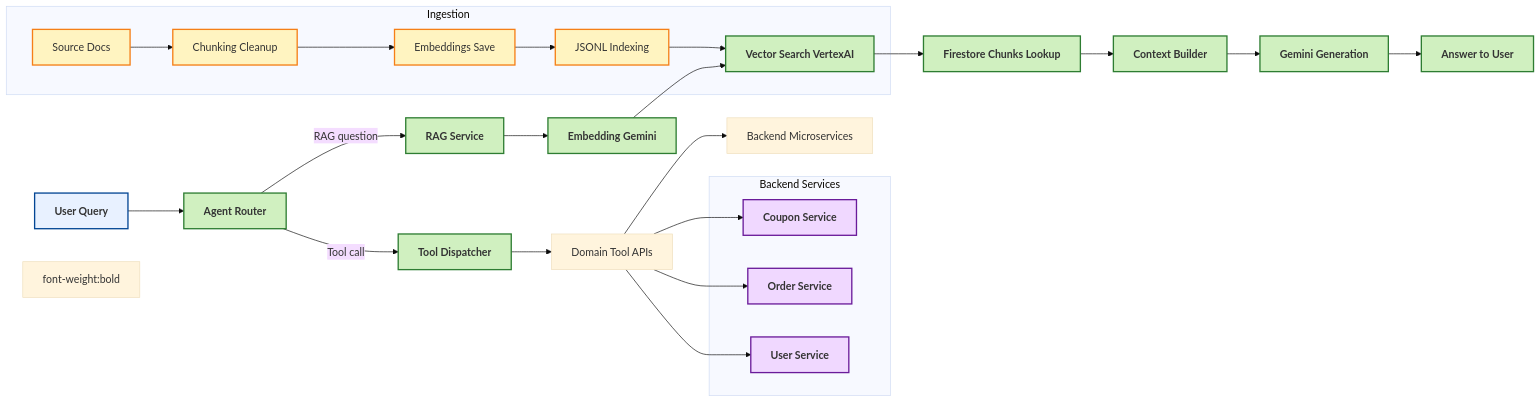
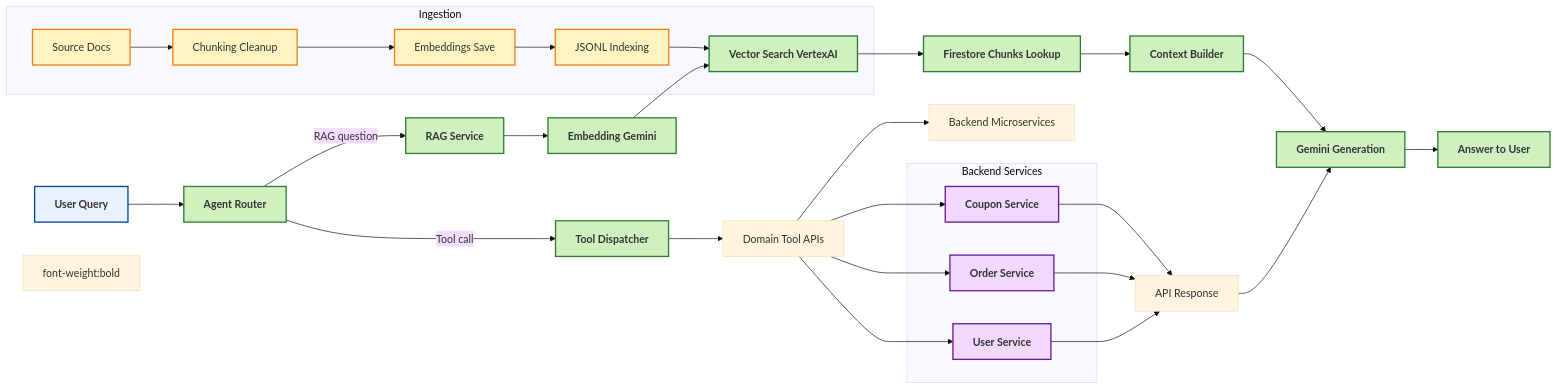
The diagram in agentic-ecommerce-assistant/README.md (Deepika1001/AI-Projects), drawn with Mermaid (base theme) before and after one commit. The commit also changed other lines of this file and 2 other files, not shown here.

Commit message:
Architecture diagram

````diff
--- a/agentic-ecommerce-assistant/README.md
+++ b/agentic-ecommerce-assistant/README.md
@@ -134,45 +143,51 @@
 ```mermaid
 flowchart LR
     A[User Query]
     A --> B[Agent Router]
     B -->|RAG question| C[RAG Service]
     B -->|Tool call| D[Tool Dispatcher]
 
     C --> E[Embedding Gemini]
     E --> F[Vector Search VertexAI]
     F --> G[Firestore Chunks Lookup]
     G --> H[Context Builder]
     H --> I[Gemini Generation]
     I --> J[Answer to User]
 
     D --> K[Domain Tool APIs]
     K --> L[Backend Microservices]
 
     subgraph Backend Services
       L1[Coupon Service]
       L2[Order Service]
       L3[User Service]
     end
 
     K --> L1
     K --> L2
     K --> L3
 
+    L1 --> Q[API Response]
+    L2 --> Q
+    L3 --> Q
+
+    Q --> I[Gemini Generation]
+
     subgraph Ingestion
       M[Source Docs] --> N[Chunking Cleanup]
       N --> O[Embeddings Save]
       O --> P[JSONL Indexing]
       P --> F
     end
 
     %% Color styling for visual appeal
     classDef user fill:#E8F1FF,stroke:#034694,stroke-width:2px,font-weight:bold;
     classDef core fill:#D0F0C0,stroke:#2E7D32,stroke-width:2px,font-weight:bold;
     classDef data fill:#FFF4C1,stroke:#F57F17,stroke-width:2px;font-weight:bold;
     classDef backend fill:#F0D8FF,stroke:#6A1B9A,stroke-width:2px,font-weight:bold;
 
     class A user;
     class B,C,D,E,F,G,H,I,J core;
     class M,N,O,P data;
     class L1,L2,L3 backend;
 ```
````
